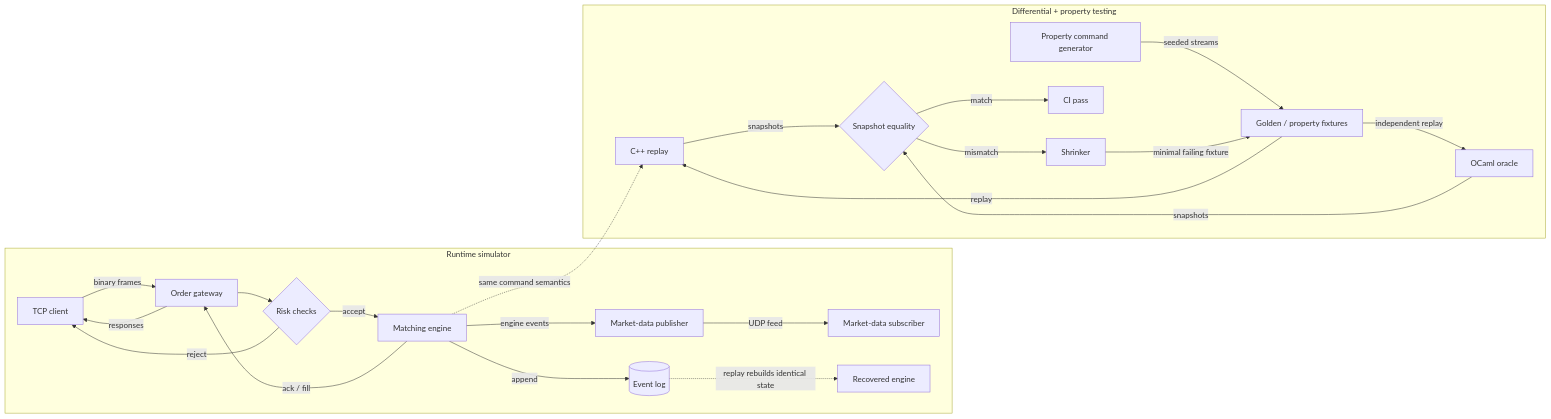
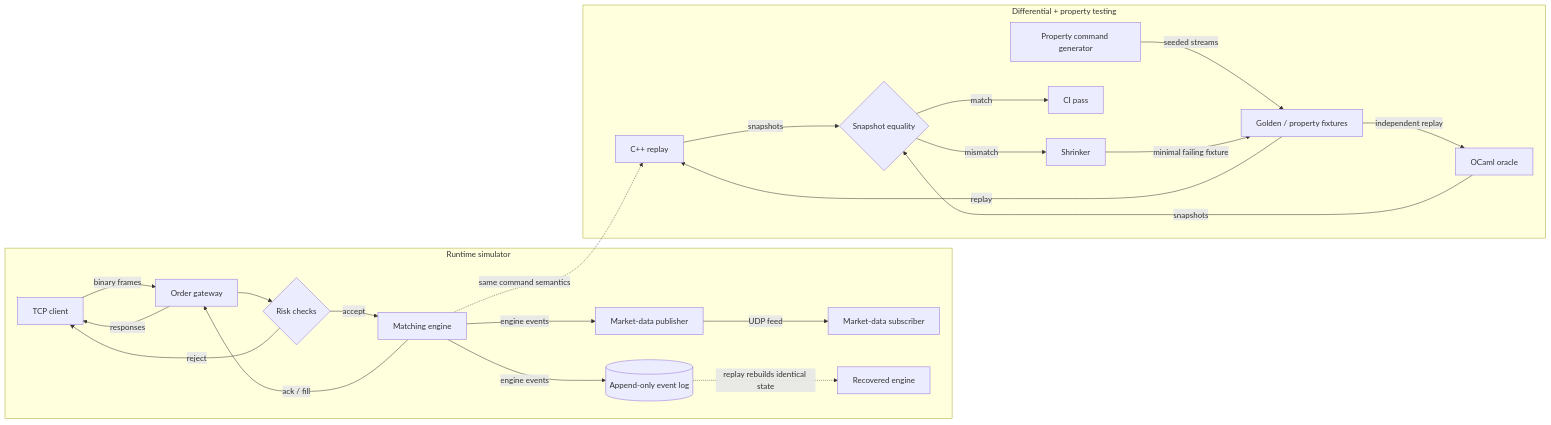
One commit to div0rce/quant-systems-lab changed the diagram in docs/architecture.md. Above: the diagram before and after it, drawn with Mermaid. The commit also changed 1 other file, not shown here.

Commit message:
docs: show the event log as a first-class engine output in the diagrams

````diff
--- a/docs/architecture.md
+++ b/docs/architecture.md
@@ -9,26 +9,26 @@
 ```mermaid
 flowchart LR
     subgraph Runtime["Runtime simulator"]
         client[TCP client] -->|binary frames| gw[Order gateway]
         gw --> risk{Risk checks}
         risk -->|reject| client
         risk -->|accept| eng[Matching engine]
         eng -->|ack / fill| gw
         gw -->|responses| client
         eng -->|engine events| pub[Market-data publisher]
+        eng -->|engine events| log[(Append-only event log)]
         pub -->|UDP feed| sub[Market-data subscriber]
-        eng -->|append| log[(Event log)]
         log -.->|replay rebuilds identical state| rec[Recovered engine]
     end
     subgraph Verification["Differential + property testing"]
         gen[Property command generator] -->|seeded streams| fix[Golden / property fixtures]
         fix -->|replay| cpp[C++ replay]
         fix -->|independent replay| ocaml[OCaml oracle]
         cpp -->|snapshots| diff{Snapshot equality}
         ocaml -->|snapshots| diff
         diff -->|match| ci[CI pass]
         diff -->|mismatch| shrink[Shrinker]
         shrink -->|minimal failing fixture| fix
     end
     eng -.->|same command semantics| cpp
 ```
````
